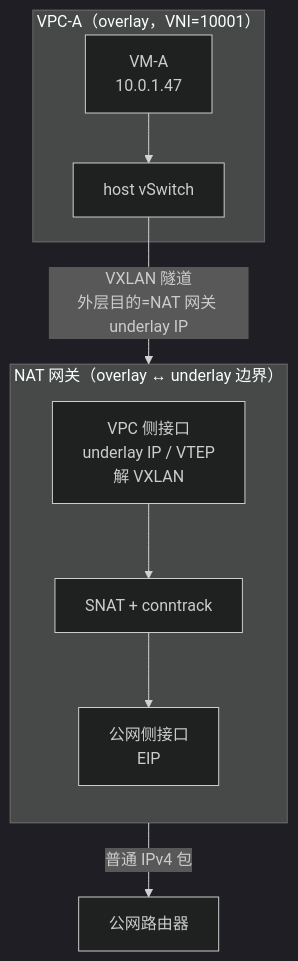
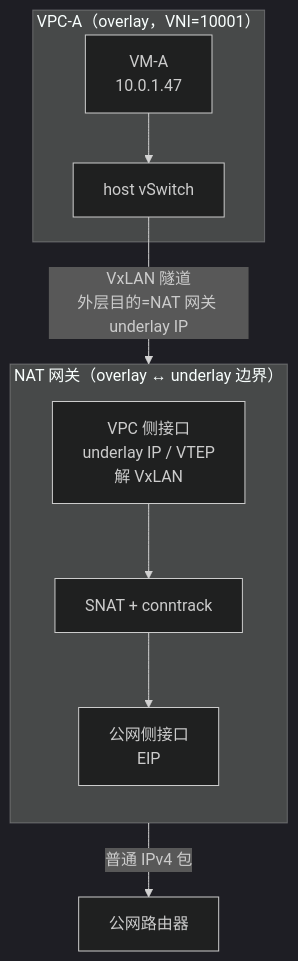
Before and after one commit to caozhiyi/network-book: the second of 4 diagrams in docs/13.VM要上网NAT网关的诞生.md, drawn with Mermaid (dark theme). The commit also changed other lines of this file and 44 other files, not shown here.

Commit message:
optimize chapter content, add copyright/social links and schema overrides.

````diff
--- a/docs/13.VM要上网NAT网关的诞生.md
+++ b/docs/13.VM要上网NAT网关的诞生.md
@@ -150,19 +150,19 @@
 ```mermaid
 graph TB
     subgraph VPC["VPC-A（overlay，VNI=10001）"]
         VM[VM-A<br/>10.0.1.47]
         HV[host vSwitch]
         VM --> HV
     end
 
     subgraph NATGW["NAT 网关（overlay ↔ underlay 边界）"]
         direction TB
-        IN[VPC 侧接口<br/>underlay IP / VTEP<br/>解 VXLAN]
+        IN[VPC 侧接口<br/>underlay IP / VTEP<br/>解 VxLAN]
         MID[SNAT + conntrack]
         OUT[公网侧接口<br/>EIP]
         IN --> MID --> OUT
     end
 
-    HV -->|VXLAN 隧道<br/>外层目的=NAT 网关 underlay IP| IN
+    HV -->|VxLAN 隧道<br/>外层目的=NAT 网关 underlay IP| IN
     OUT -->|普通 IPv4 包| GW[公网路由器]
 ```
````
